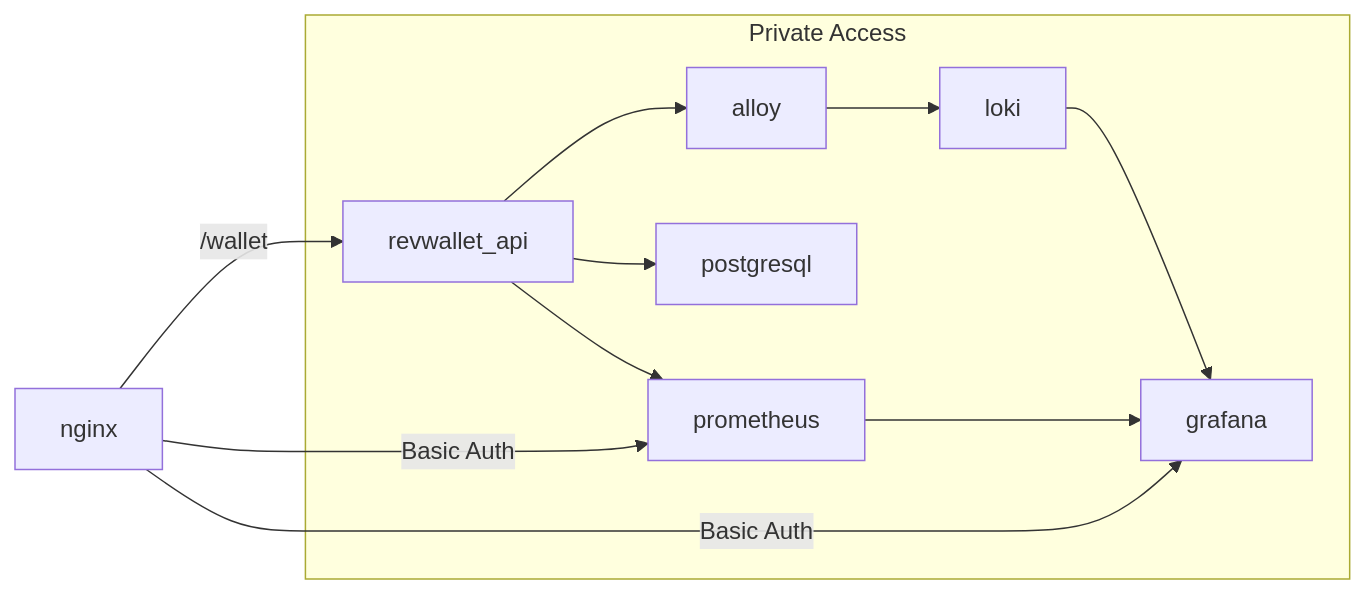
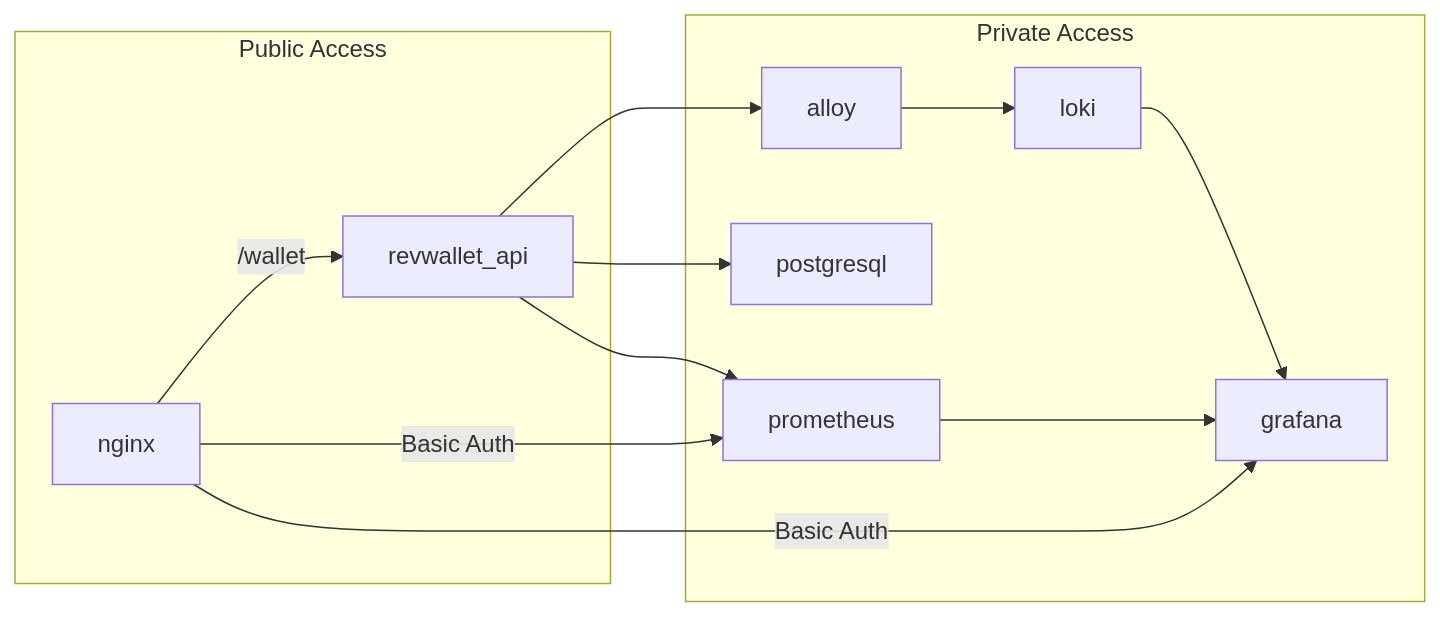
Before and after one commit to arthurjguerra/revwallet: the diagram in README.md, drawn with Mermaid.

Commit message:
feat: add arch diagram

````diff
--- a/README.md
+++ b/README.md
@@ -6,14 +6,16 @@
 ```mermaid
 flowchart LR
-  nginx -- /wallet --> revwallet_api
   nginx -- Basic Auth --> grafana
   nginx -- Basic Auth --> prometheus
+  subgraph Public Access
+    nginx -- /wallet --> revwallet_api
+  end
   subgraph Private Access
     revwallet_api --> postgresql
     revwallet_api --> prometheus
     revwallet_api --> alloy
     prometheus --> grafana
     alloy --> loki
     loki --> grafana
   end
 ```
````
